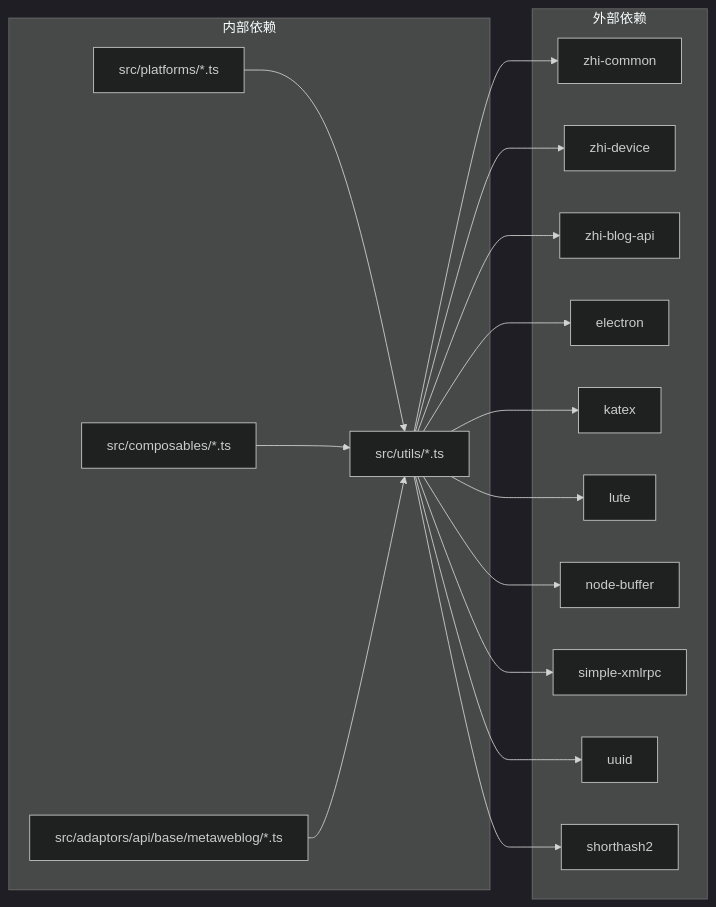
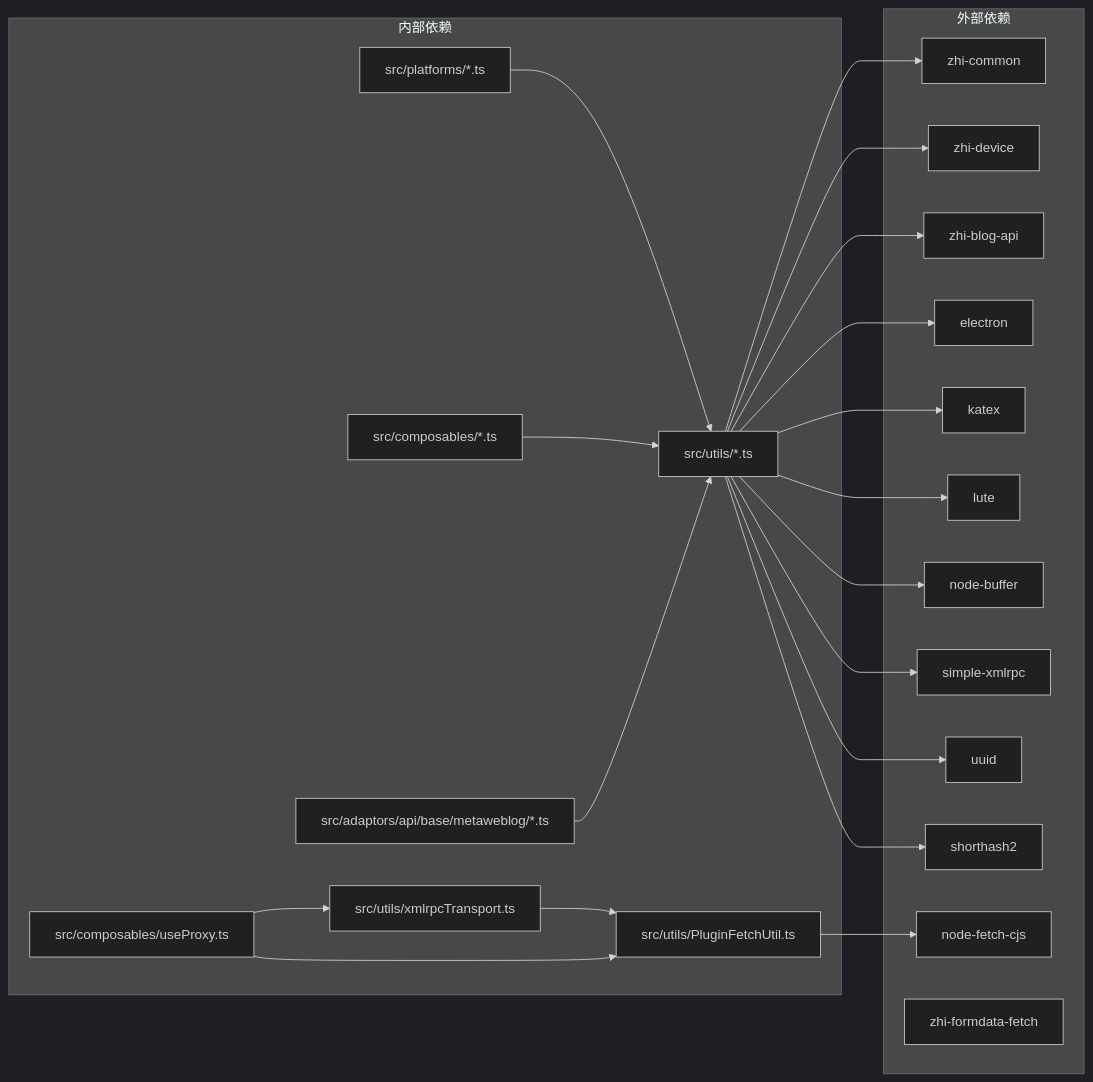
Before and after one commit to terwer/siyuan-plugin-publisher: the ninth of 9 diagrams in .qoder/repowiki/zh/content/API参考文档/工具函数API/工具函数API.md, drawn with Mermaid (dark theme). The commit also changed other lines of this file and 15 other files, not shown here.

First line of the commit message:
refactor(proxy): redesign form upload transport to unified top-level architecture

````diff
--- a/.qoder/repowiki/zh/content/API参考文档/工具函数API/工具函数API.md
+++ b/.qoder/repowiki/zh/content/API参考文档/工具函数API/工具函数API.md
@@ -703,34 +785,43 @@
 ```mermaid
 graph LR
 subgraph "内部依赖"
 A[src/utils/*.ts]
 B[src/platforms/*.ts]
 C[src/composables/*.ts]
 D[src/adaptors/api/base/metaweblog/*.ts]
+E[src/utils/PluginFetchUtil.ts]
+F[src/utils/xmlrpcTransport.ts]
+G[src/composables/useProxy.ts]
 end
 subgraph "外部依赖"
-E[zhi-common]
-F[zhi-device]
-G[zhi-blog-api]
-H[electron]
-I[katex]
-J[lute]
-K[node-buffer]
-L[simple-xmlrpc]
-M[uuid]
-N[shorthash2]
+H[zhi-common]
+I[zhi-device]
+J[zhi-blog-api]
+K[electron]
+L[katex]
+M[lute]
+N[node-buffer]
+O[simple-xmlrpc]
+P[uuid]
+Q[shorthash2]
+R[node-fetch-cjs]
+S[zhi-formdata-fetch]
 end
-A --> E
-A --> F
-A --> G
 A --> H
 A --> I
 A --> J
 A --> K
 A --> L
 A --> M
 A --> N
+A --> O
+A --> P
+A --> Q
 B --> A
 C --> A
 D --> A
+E --> R
+F --> E
+G --> E
+G --> F
 ```
````
